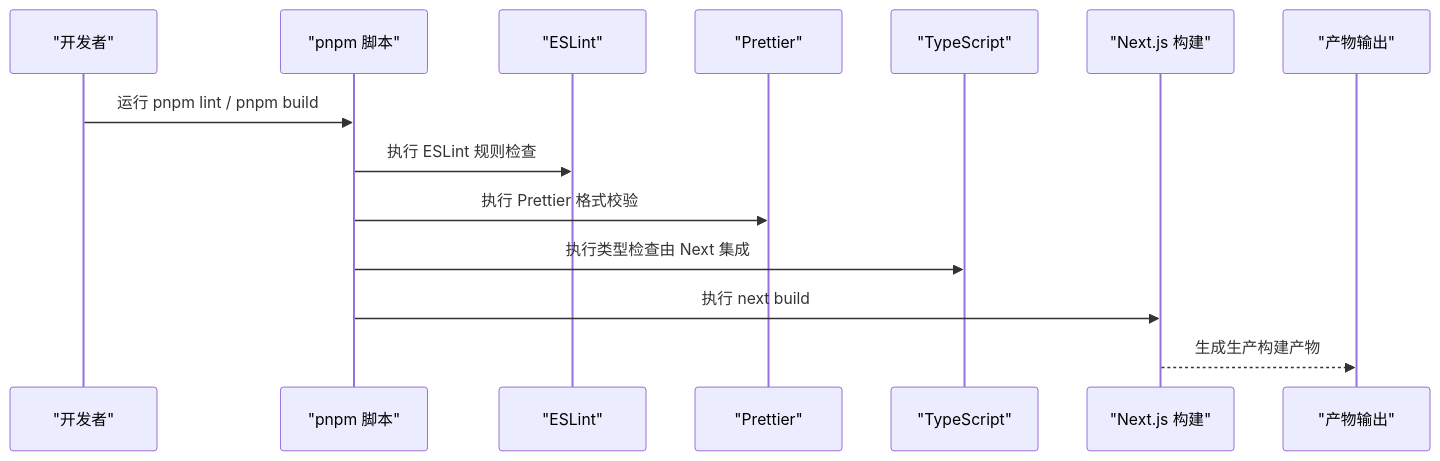
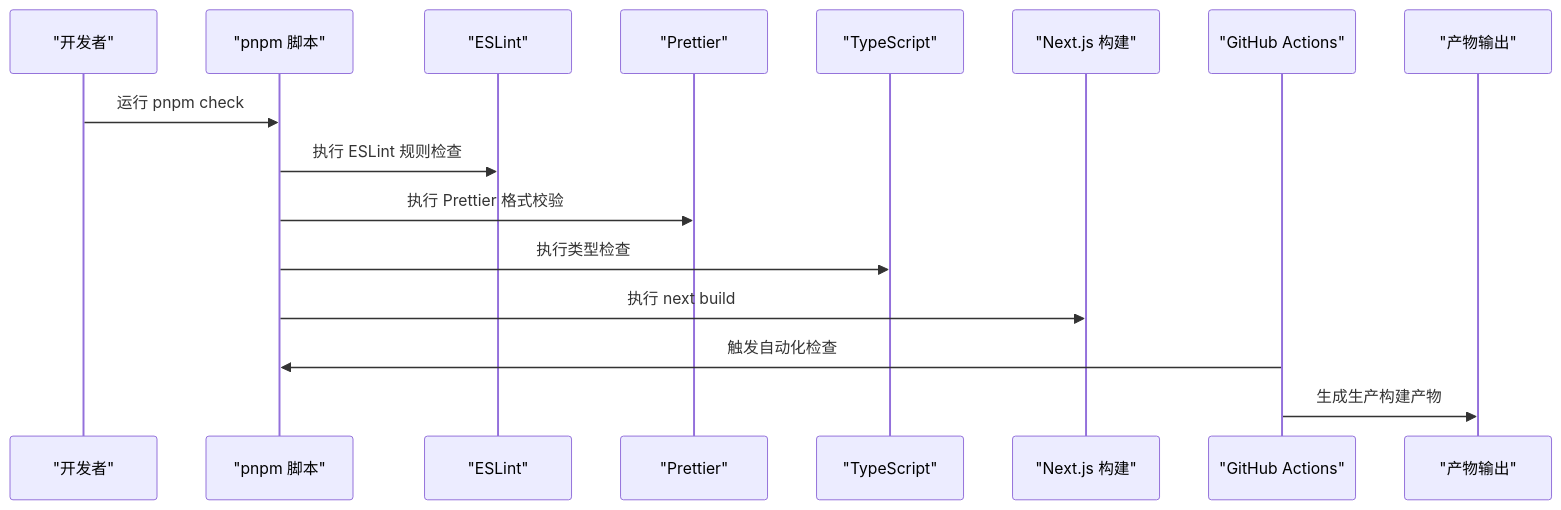
One commit to florianjsun/next-portfolio changed the second of 4 diagrams in .qoder/repowiki/zh/content/开发指南.md. Above: the diagram before and after it, drawn with Mermaid. The commit also changed other lines of this file and 49 other files, not shown here.

````diff
--- a/.qoder/repowiki/zh/content/开发指南.md
+++ b/.qoder/repowiki/zh/content/开发指南.md
@@ -97,16 +113,18 @@
 ```mermaid
 sequenceDiagram
 participant Dev as "开发者"
 participant PNPM as "pnpm 脚本"
 participant ESL as "ESLint"
 participant PRE as "Prettier"
 participant TSC as "TypeScript"
 participant NEXT as "Next.js 构建"
+participant GHA as "GitHub Actions"
 participant OUT as "产物输出"
-Dev->>PNPM : 运行 pnpm lint / pnpm build
+Dev->>PNPM : 运行 pnpm check
 PNPM->>ESL : 执行 ESLint 规则检查
 PNPM->>PRE : 执行 Prettier 格式校验
-PNPM->>TSC : 执行类型检查由 Next 集成
+PNPM->>TSC : 执行类型检查
 PNPM->>NEXT : 执行 next build
-NEXT-->>OUT : 生成生产构建产物
+GHA->>PNPM : 触发自动化检查
+GHA->>OUT : 生成生产构建产物
 ```
````
